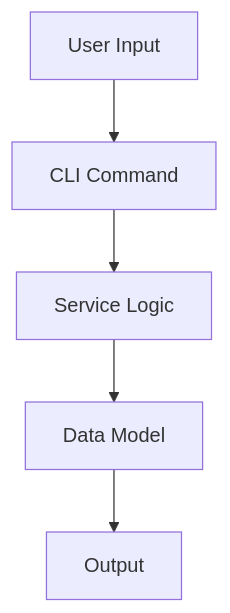
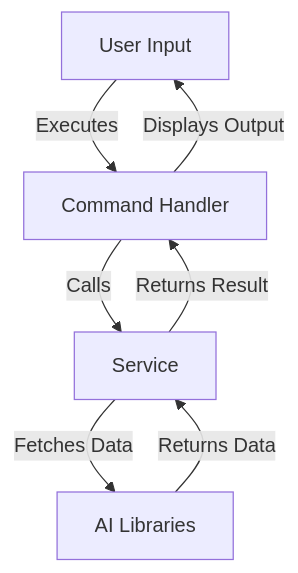
The diagram in docs/architecture.md (geogoesbeepboop/refiner), drawn with Mermaid before and after one commit. The commit also changed other lines of this file and 6 other files, not shown here.

````diff
--- a/docs/architecture.md
+++ b/docs/architecture.md
@@ -144,7 +38,9 @@
 ```mermaid
 graph TD;
-    A[User Input] --> B[CLI Command];
-    B --> C[Service Logic];
-    C --> D[Data Model];
-    D --> E[Output];
+    A[User Input] -->|Executes| B[Command Handler]
+    B -->|Calls| C[Service]
+    C -->|Fetches Data| D[AI Libraries]
+    D -->|Returns Data| C
+    C -->|Returns Result| B
+    B -->|Displays Output| A
 ```
````
